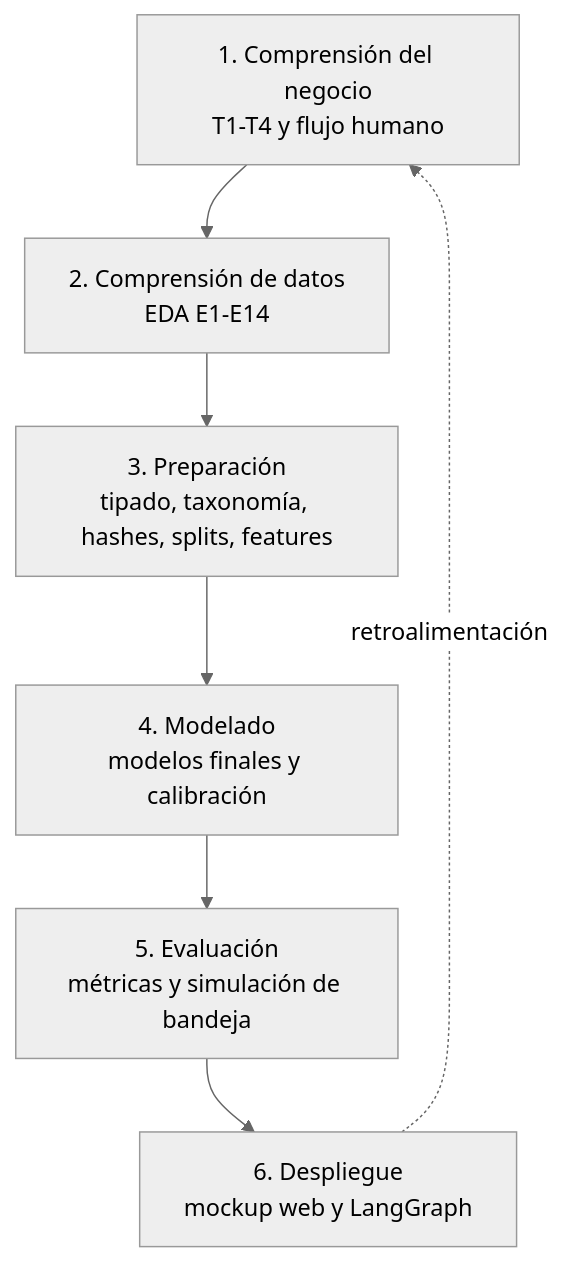
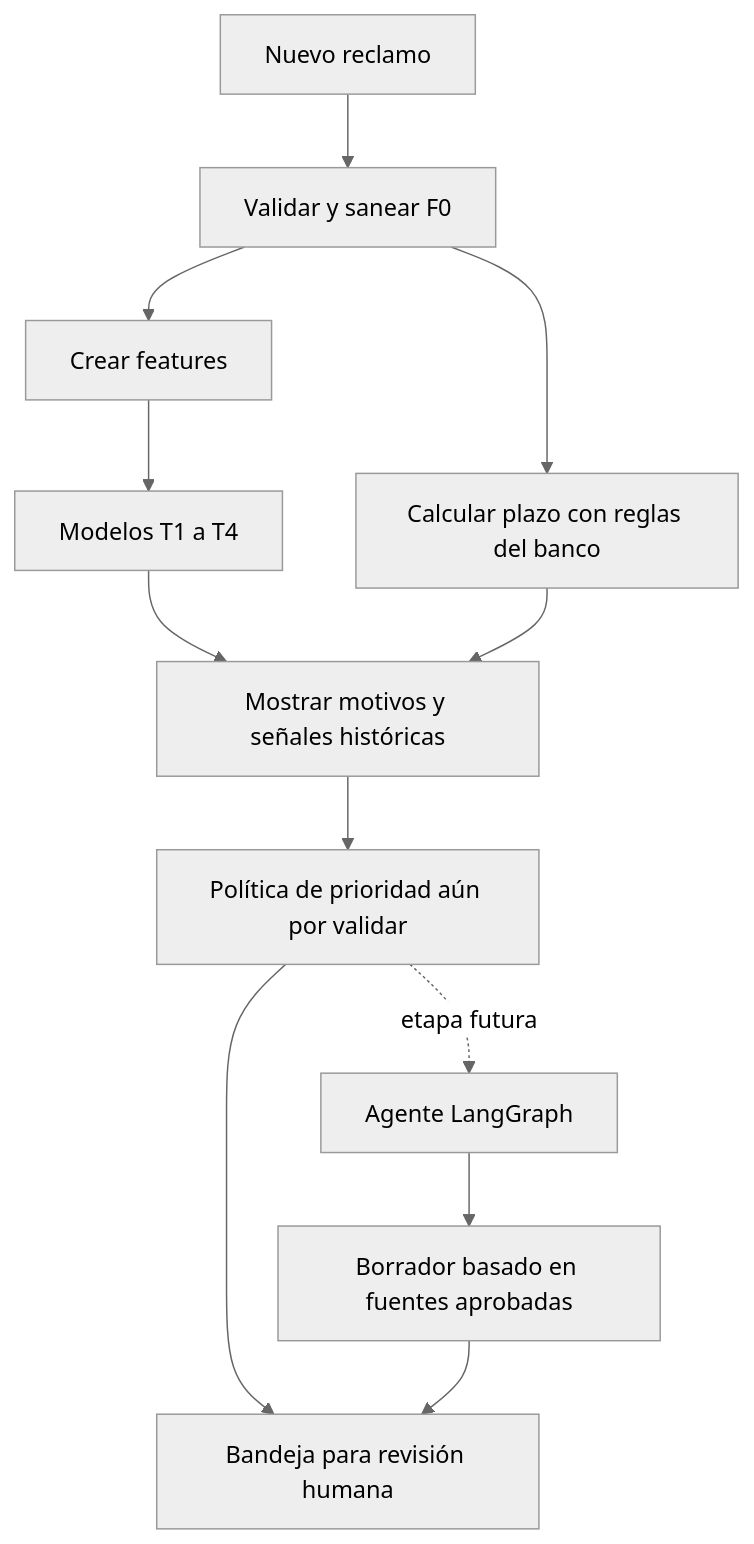
Before and after one commit to Codenid/capstone-claims-triage: the first of 2 diagrams in README.md, drawn with Mermaid (neutral theme). The commit also changed other lines of this file and 4 other files, not shown here.

````diff
--- a/README.md
+++ b/README.md
@@ -33,9 +128,14 @@
 ```mermaid
 flowchart TD
-    A[1. Comprensión del negocio<br/>T1-T4 y flujo humano] --> B[2. Comprensión de datos<br/>EDA E1-E14]
-    B --> C[3. Preparación<br/>tipado, taxonomía, hashes, splits, features]
-    C --> D[4. Modelado<br/>modelos finales y calibración]
-    D --> E[5. Evaluación<br/>métricas y simulación de bandeja]
-    E --> F[6. Despliegue<br/>mockup web y LangGraph]
-    F -. retroalimentación .-> A
+    A[Nuevo reclamo] --> B[Validar y sanear F0]
+    B --> C[Crear features]
+    C --> D[Modelos T1 a T4]
+    B --> E[Calcular plazo con reglas del banco]
+    D --> F[Mostrar motivos y señales históricas]
+    E --> F
+    F --> G[Política de prioridad aún por validar]
+    G --> H[Bandeja para revisión humana]
+    G -. etapa futura .-> I[Agente LangGraph]
+    I --> J[Borrador basado en fuentes aprobadas]
+    J --> H
 ```
````
